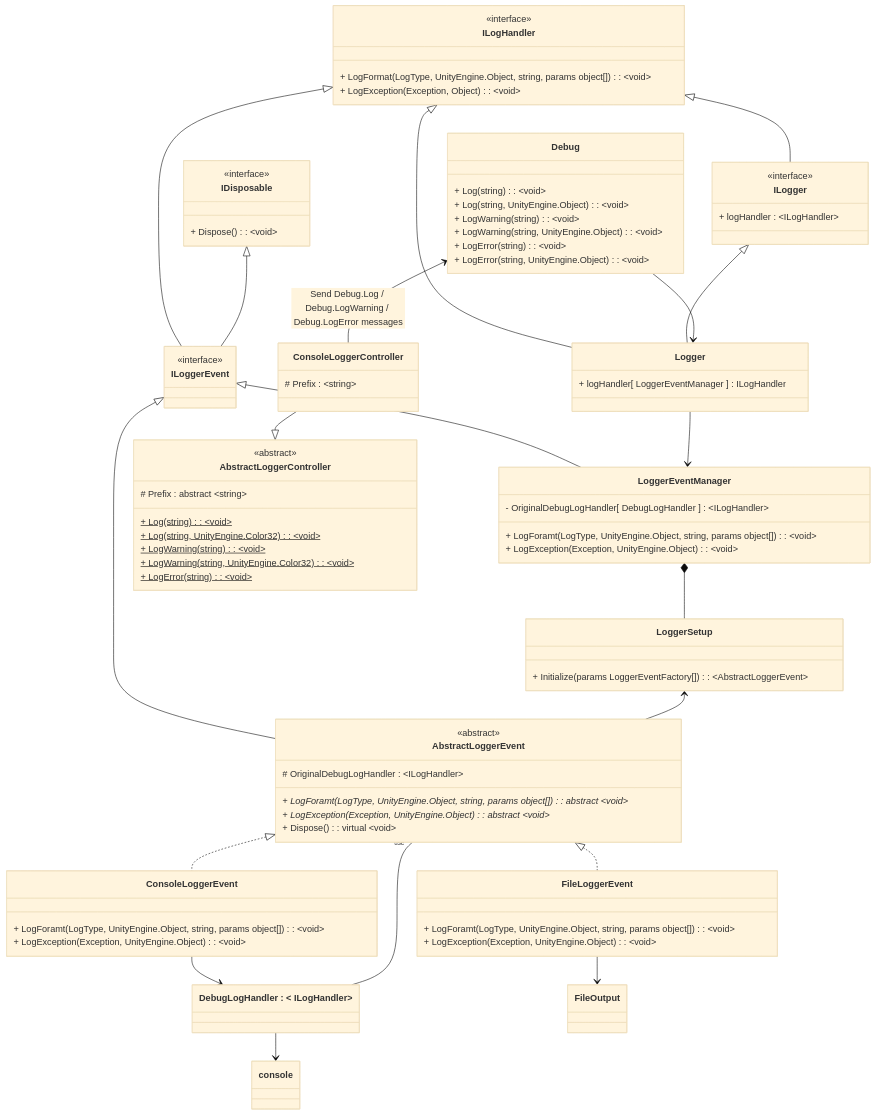
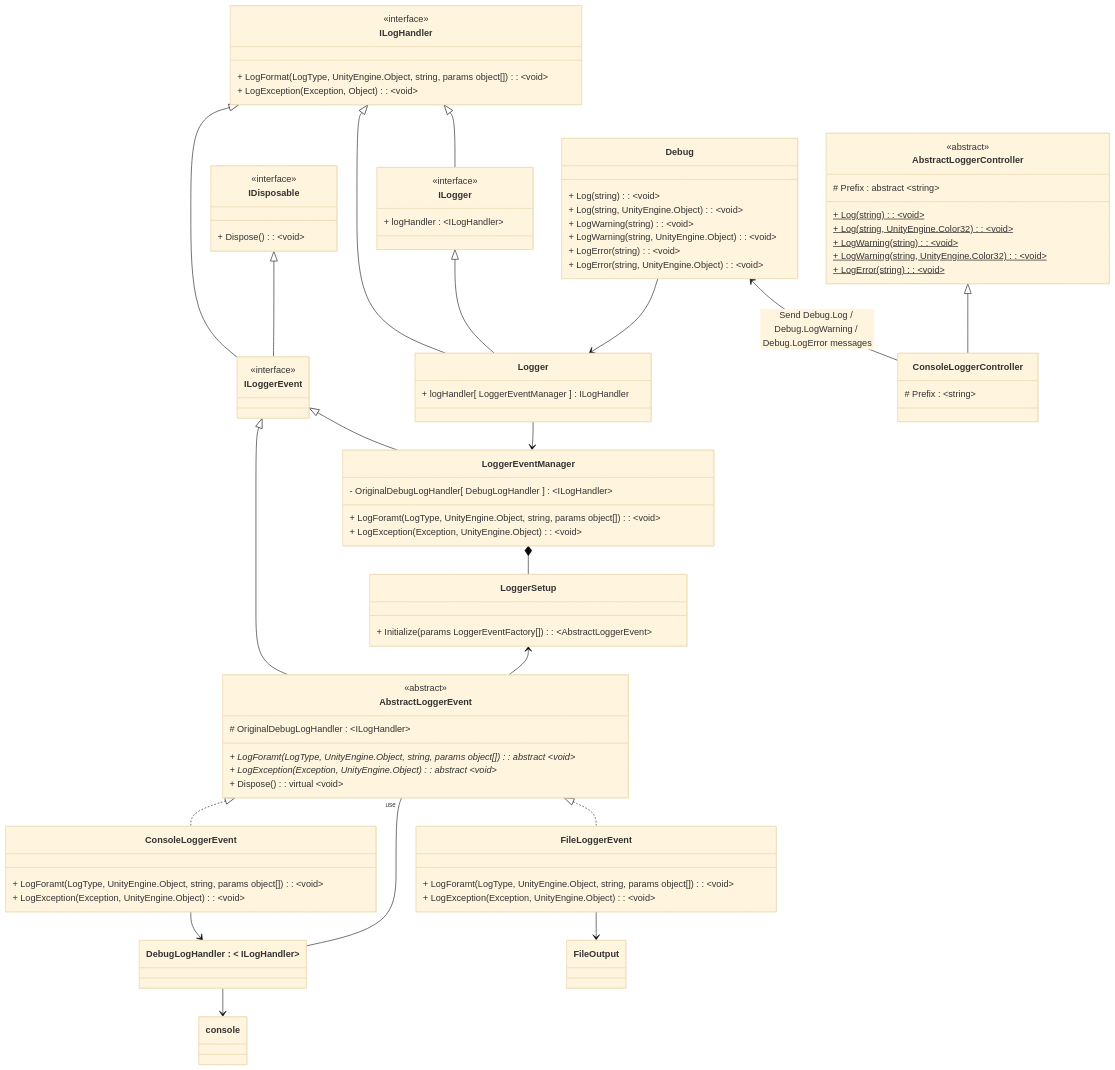
The first of 2 diagrams in README.md (ADONE-Games/CustomDebugLogger), drawn with Mermaid (base theme) before and after one commit.

````diff
--- a/README.md
+++ b/README.md
@@ -123,6 +123,6 @@
     AbstractLoggerEvent"use" -- DebugLogHandler
     
 
-    ConsoleLoggerController --|> AbstractLoggerController 
     Debug <-- ConsoleLoggerController : Send Debug.Log / Debug.LogWarning / Debug.LogError messages
+    AbstractLoggerController <|-- ConsoleLoggerController
 ```
````
